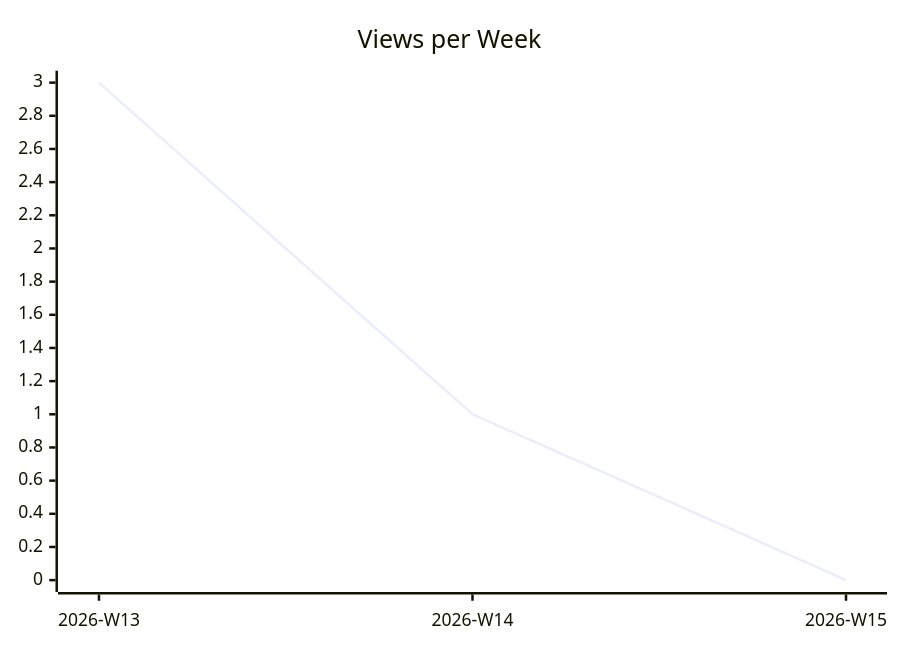
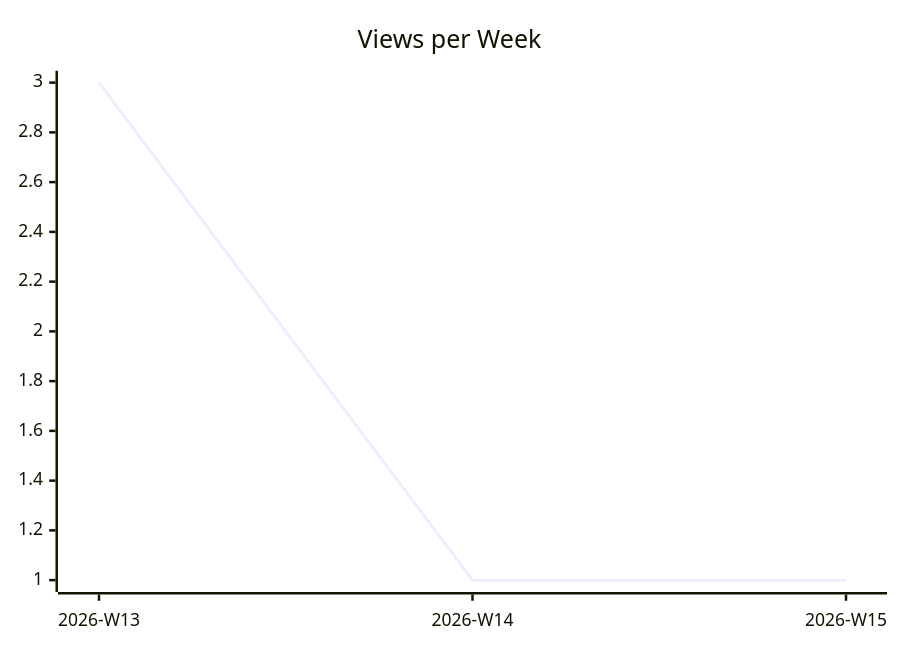
One commit to justdavis-family/github-analytics-data changed the second of 3 diagrams in karlmdavis/rps-tourney/README.md. Above: the diagram before and after it, drawn with Mermaid. The commit also changed other lines of this file and 192 other files, not shown here.

````diff
--- a/karlmdavis/rps-tourney/README.md
+++ b/karlmdavis/rps-tourney/README.md
@@ -12,6 +12,6 @@
 ```mermaid
 xychart-beta
   title "Views per Week"
   x-axis ["2026-W13", "2026-W14", "2026-W15"]
-  line [3, 1, 0]
+  line [3, 1, 1]
 ```
````
